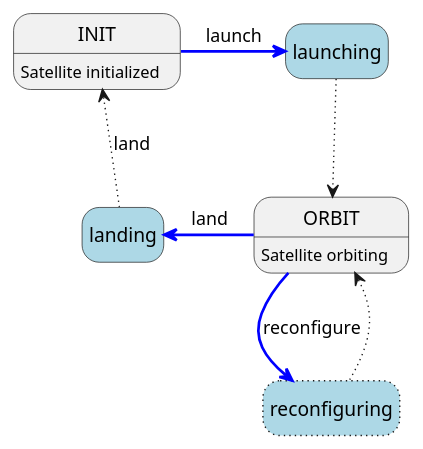
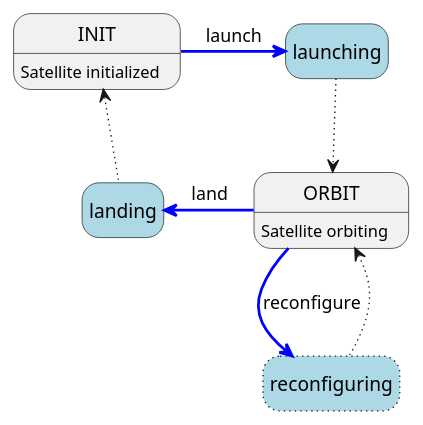
The fifth of 5 diagrams in docs/manual/concepts/satellite.md (constellation-daq/Constellation), drawn with PlantUML before and after one commit.

Commit message:
docs/concepts: Remove unnecessary transition name

````diff
--- a/docs/manual/concepts/satellite.md
+++ b/docs/manual/concepts/satellite.md
@@ -147,19 +147,19 @@
 ```plantuml
 @startuml
 hide empty description
 
 State INIT : Satellite initialized
 State launching #lightblue
 State landing #lightblue
 State ORBIT : Satellite orbiting
 State reconfiguring #lightblue##[dotted]
 
 INIT -right[#blue,bold]-> launching : launch
 launching -down[dotted]-> ORBIT
 ORBIT -left[#blue,bold]-> landing : land
-landing -up[dotted]-> INIT : land
+landing -up[dotted]-> INIT
 
 ORBIT -[#blue,bold]down-> reconfiguring : reconfigure
 reconfiguring -[dotted]up-> ORBIT
 @enduml
 ```
````
